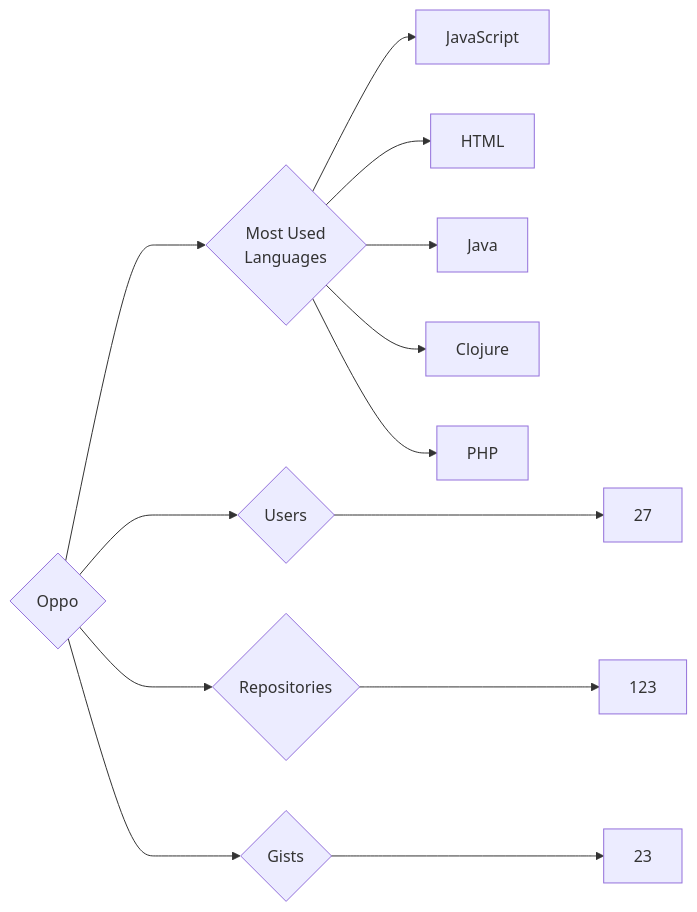
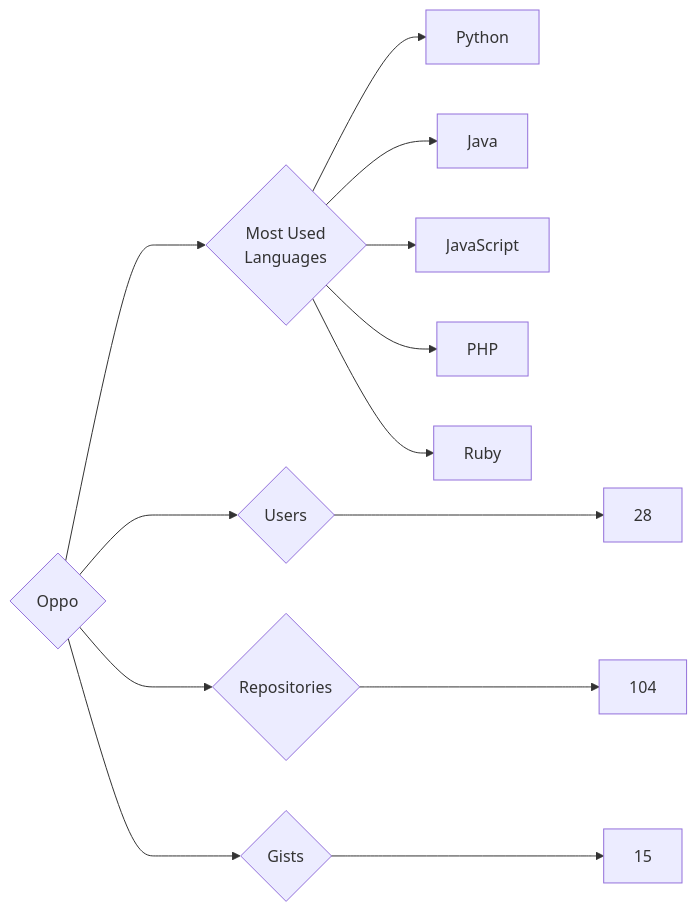
One commit to trickest/insiders changed the diagram in targets/Oppo/README.md. Above: the diagram before and after it, drawn with Mermaid. The commit also changed 1011 other files, not shown here.

````diff
--- a/targets/Oppo/README.md
+++ b/targets/Oppo/README.md
@@ -3,13 +3,13 @@
 ```mermaid
 graph LR
 COMPANY_NAME{Oppo}
-COMPANY_NAME ---> U{Users} ---> UN[27]
-COMPANY_NAME ---> R{Repositories} ---> RN[123]
-COMPANY_NAME ---> G{Gists} ---> GN[23]
+COMPANY_NAME ---> U{Users} ---> UN[28]
+COMPANY_NAME ---> R{Repositories} ---> RN[104]
+COMPANY_NAME ---> G{Gists} ---> GN[15]
 COMPANY_NAME ---> ML{Most Used<br>Languages}
+ML --> Python[Python]
+ML --> Java[Java]
 ML --> JavaScript[JavaScript]
-ML --> HTML[HTML]
-ML --> Java[Java]
-ML --> Clojure[Clojure]
 ML --> PHP[PHP]
+ML --> Ruby[Ruby]
 ```
````
